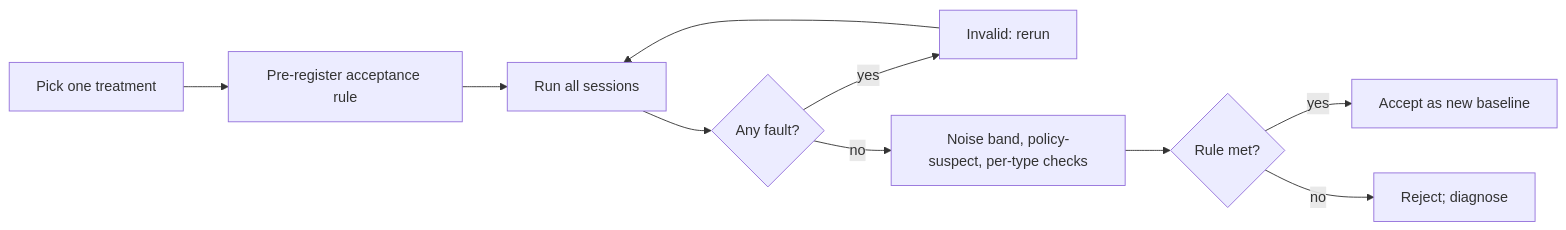
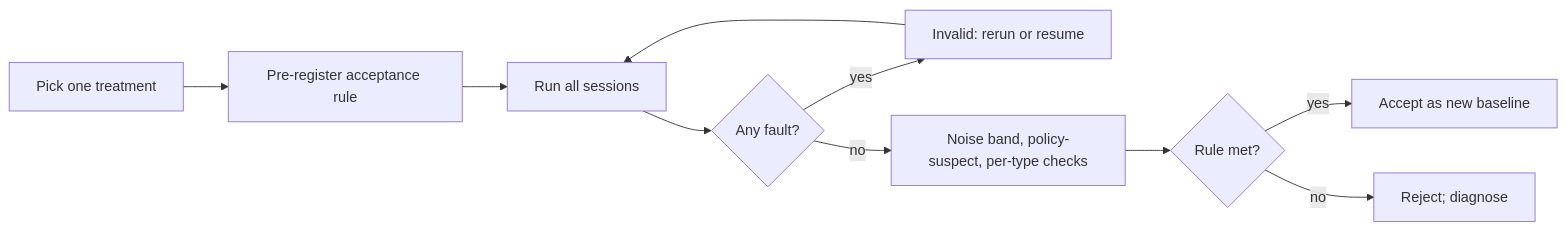
The third of 3 diagrams in evaluations/README.md (Token-Smelter/source-memory), drawn with Mermaid before and after one commit. The commit also changed other lines of this file and 2 other files, not shown here.

````diff
--- a/evaluations/README.md
+++ b/evaluations/README.md
@@ -121,12 +123,12 @@
 ```mermaid
 flowchart LR
   Pick["Pick one treatment"] --> Register["Pre-register acceptance rule"]
   Register --> Run["Run all sessions"]
   Run --> Valid{"Any fault?"}
-  Valid -->|yes| Rerun["Invalid: rerun"]
+  Valid -->|yes| Rerun["Invalid: rerun or resume"]
   Rerun --> Run
   Valid -->|no| Checks["Noise band, policy-suspect, per-type checks"]
   Checks --> Outcome{"Rule met?"}
   Outcome -->|yes| Keep["Accept as new baseline"]
   Outcome -->|no| Reject["Reject; diagnose"]
 ```
````
